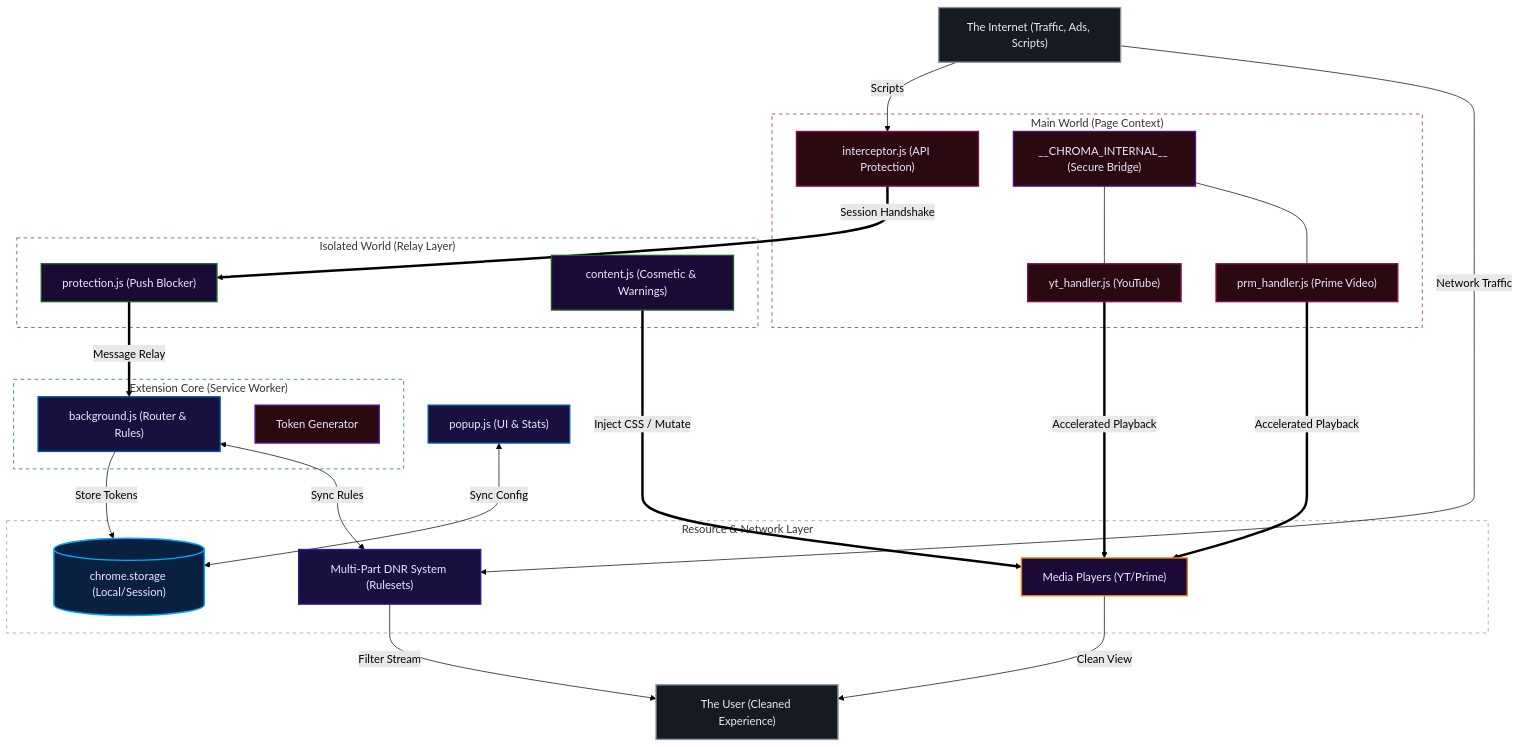
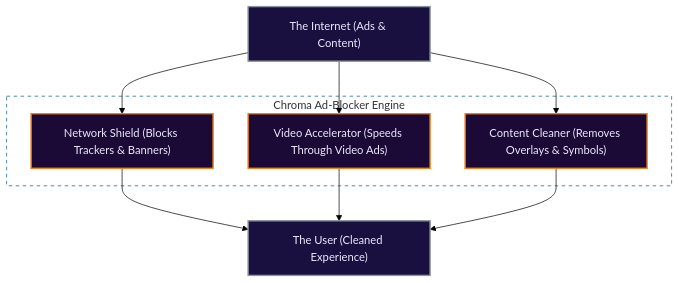
One commit to Dabrogost/Chroma-Ad-Blocker changed the diagram in index.md. Above: the diagram before and after it, drawn with Mermaid (forest theme).

Commit message:
docs: simplify architecture diagram in index.md to focus on core engine components

```diff
--- a/index.md
+++ b/index.md
@@ -177,71 +177,26 @@
     <div class="mermaid">
 graph TD
-    classDef sw fill:#1a1040,color:#ede8ff,stroke:#01579b,stroke-width:2px
-    classDef storage fill:#0a2040,color:#ede8ff,stroke:#00aaff,stroke-width:2px
-    classDef isolated fill:#1a0a35,color:#ede8ff,stroke:#1b5e20,stroke-width:2px
-    classDef main fill:#2a0a10,color:#ede8ff,stroke:#880e4f,stroke-width:2px
-    classDef dnr fill:#1a1040,color:#ede8ff,stroke:#311b92,stroke-width:2px
-    classDef dom fill:#1a0a35,color:#ede8ff,stroke:#f57f17,stroke-width:2px
-    classDef secure fill:#2a0a10,color:#ede8ff,stroke:#4a148c,stroke-width:2px
-    classDef actor fill:#161b22,color:#ede8ff,stroke:#8b949e,stroke-width:2px
+    classDef actor fill:#1a1040,color:#ede8ff,stroke:#8b949e,stroke-width:2px
+    classDef engine fill:#1a1040,color:#ede8ff,stroke:#01579b,stroke-width:2px
+    classDef action fill:#1a0a35,color:#ede8ff,stroke:#f57f17,stroke-width:2px
 
-    %% --- LAYER 0: ENTRANCE ---
-    INTERNET["The Internet (Traffic, Ads, Scripts)"]:::actor
+    INTERNET["The Internet (Ads & Content)"]:::actor
 
-    %% --- LAYER 1: MAIN WORLD (Execution Context) ---
-    subgraph MW["Main World (Page Context)"]
-        INTERCEPT["interceptor.js (API Protection)"]:::main
-        YT_H["yt_handler.js (YouTube)"]:::main
-        PRM_H["prm_handler.js (Prime Video)"]:::main
-        BRIDGE["__CHROMA_INTERNAL__ (Secure Bridge)"]:::secure
+    subgraph CHROMA["Chroma Ad-Blocker Engine"]
+        NETWORK["Network Shield (Blocks Trackers & Banners)"]:::action
+        VIDEO["Video Accelerator (Speeds Through Video Ads)"]:::action
+        CONTENT["Content Cleaner (Removes Overlays & Symbols)"]:::action
     end
 
-    %% --- LAYER 2: ISOLATED WORLD (Extension Context) ---
-    subgraph IW["Isolated World (Relay Layer)"]
-        PROT["protection.js (Push Blocker)"]:::isolated
-        CONT["content.js (Cosmetic & Warnings)"]:::isolated
-    end
-
-    %% --- LAYER 3: SERVICE WORKER CORE ---
-    subgraph SW["Extension Core (Service Worker)"]
-        BG["background.js (Router & Rules)"]:::sw
-        TOKEN_G["Token Generator"]:::secure
-    end
-
-    %% --- LAYER 4: INFRASTRUCTURE ---
-    subgraph System["Resource & Network Layer"]
-        STORAGE[("chrome.storage (Local/Session)")]:::storage
-        DNR["Multi-Part DNR System (Rulesets)"]:::dnr
-        PLAYER["Media Players (YT/Prime)"]:::dom
-    end
-
-    %% --- LAYER 5: UI ---
-    POPUP["popup.js (UI & Stats)"]:::sw
     USER["The User (Cleaned Experience)"]:::actor
 
-    %% --- PIPELINE FLOW ---
-    INTERNET -- "Scripts" --> INTERCEPT
-    INTERNET -- "Network Traffic" --> DNR
-    
-    INTERCEPT ==>|"Session Handshake"| PROT
-    PROT ==>|"Message Relay"| BG
-    BG -- "Store Tokens" --> STORAGE
-    
-    BRIDGE --- YT_H
-    BRIDGE --- PRM_H
-    YT_H ==>|"Accelerated Playback"| PLAYER
-    PRM_H ==>|"Accelerated Playback"| PLAYER
-    
-    CONT ==>|"Inject CSS / Mutate"| PLAYER
-    DNR -- "Filter Stream" --> USER
-    PLAYER -- "Clean View" --> USER
-    
-    POPUP <-->|"Sync Config"| STORAGE
-    BG <-->|"Sync Rules"| DNR
+    INTERNET --> NETWORK
+    INTERNET --> VIDEO
+    INTERNET --> CONTENT
 
-    %% Style Tweaks
-    style MW fill:none,stroke:#880e4f,stroke-dasharray: 5 5
-    style IW fill:none,stroke:#1b5e20,stroke-dasharray: 5 5
-    style SW fill:none,stroke:#01579b,stroke-dasharray: 5 5
-    style System fill:none,stroke:#8b949e,stroke-dasharray: 5 5
+    NETWORK --> USER
+    VIDEO --> USER
+    CONTENT --> USER
+
+    style CHROMA fill:none,stroke:#01579b,stroke-dasharray: 5 5
     </div>
```
